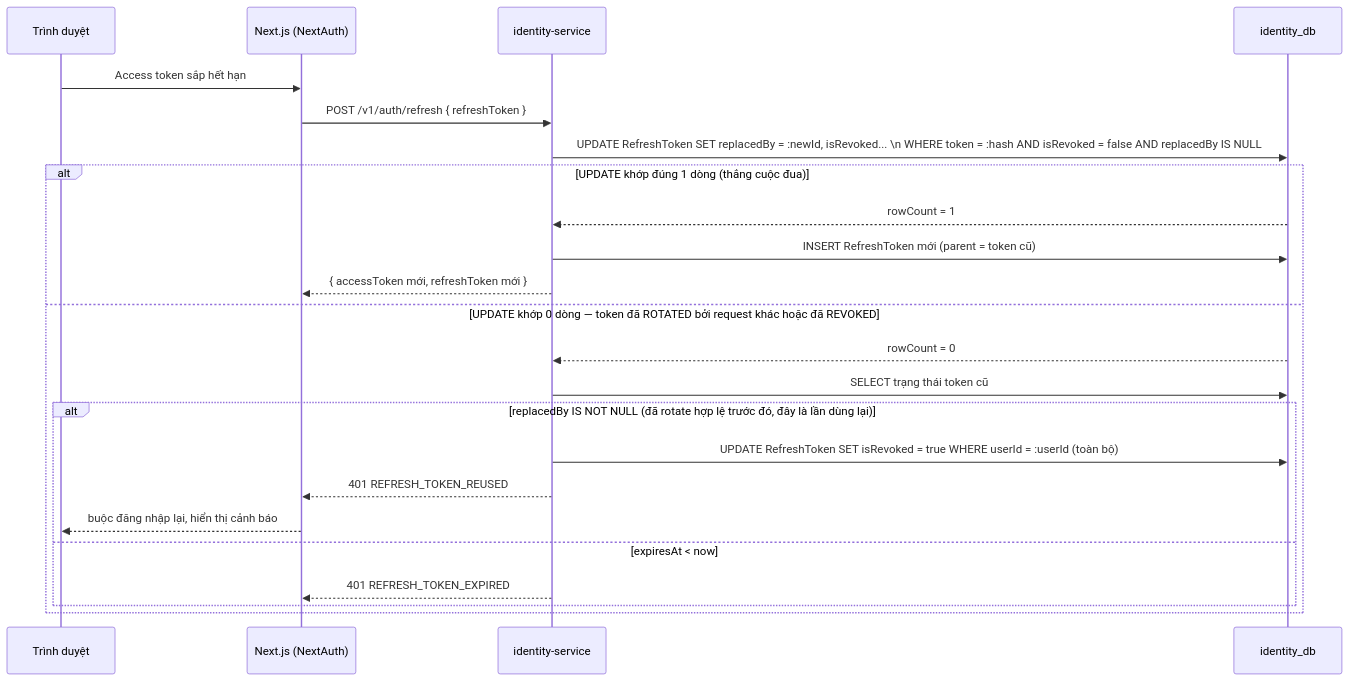
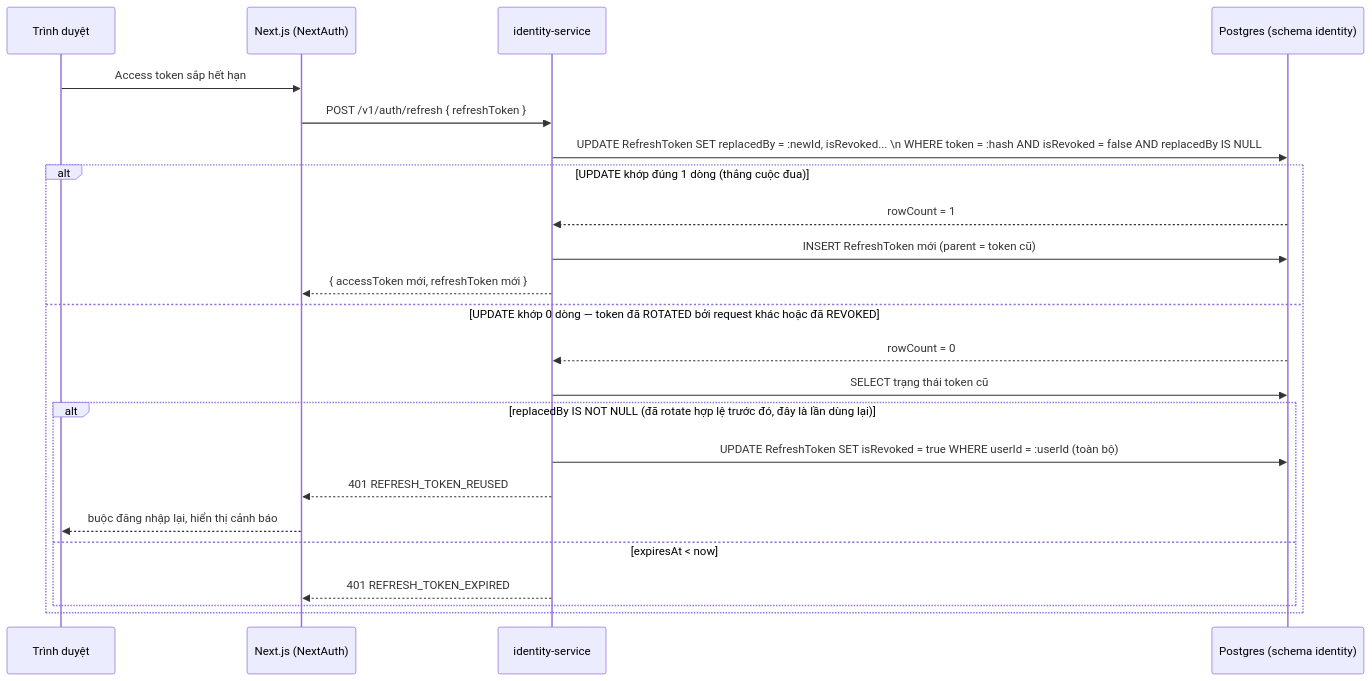
One commit to timmy277/timmyhub changed the second of 2 diagrams in docs/03-specs/identity-auth/design.md. Above: the diagram before and after it, drawn with Mermaid. The commit also changed other lines of this file and 34 other files, not shown here.

````diff
--- a/docs/03-specs/identity-auth/design.md
+++ b/docs/03-specs/identity-auth/design.md
@@ -195,26 +199,26 @@
 ```mermaid
 sequenceDiagram
     participant B as Trình duyệt
     participant N as Next.js (NextAuth)
     participant I as identity-service
-    participant DB as identity_db
+    participant DB as Postgres (schema identity)
 
     B->>N: Access token sắp hết hạn
     N->>I: POST /v1/auth/refresh { refreshToken }
     I->>DB: UPDATE RefreshToken SET replacedBy = :newId, isRevoked... \n WHERE token = :hash AND isRevoked = false AND replacedBy IS NULL
     alt UPDATE khớp đúng 1 dòng (thắng cuộc đua)
         DB-->>I: rowCount = 1
         I->>DB: INSERT RefreshToken mới (parent = token cũ)
         I-->>N: { accessToken mới, refreshToken mới }
     else UPDATE khớp 0 dòng — token đã ROTATED bởi request khác hoặc đã REVOKED
         DB-->>I: rowCount = 0
         I->>DB: SELECT trạng thái token cũ
         alt replacedBy IS NOT NULL (đã rotate hợp lệ trước đó, đây là lần dùng lại)
             I->>DB: UPDATE RefreshToken SET isRevoked = true WHERE userId = :userId (toàn bộ)
             I-->>N: 401 REFRESH_TOKEN_REUSED
             N-->>B: buộc đăng nhập lại, hiển thị cảnh báo
         else expiresAt < now
             I-->>N: 401 REFRESH_TOKEN_EXPIRED
         end
     end
 ```
````
